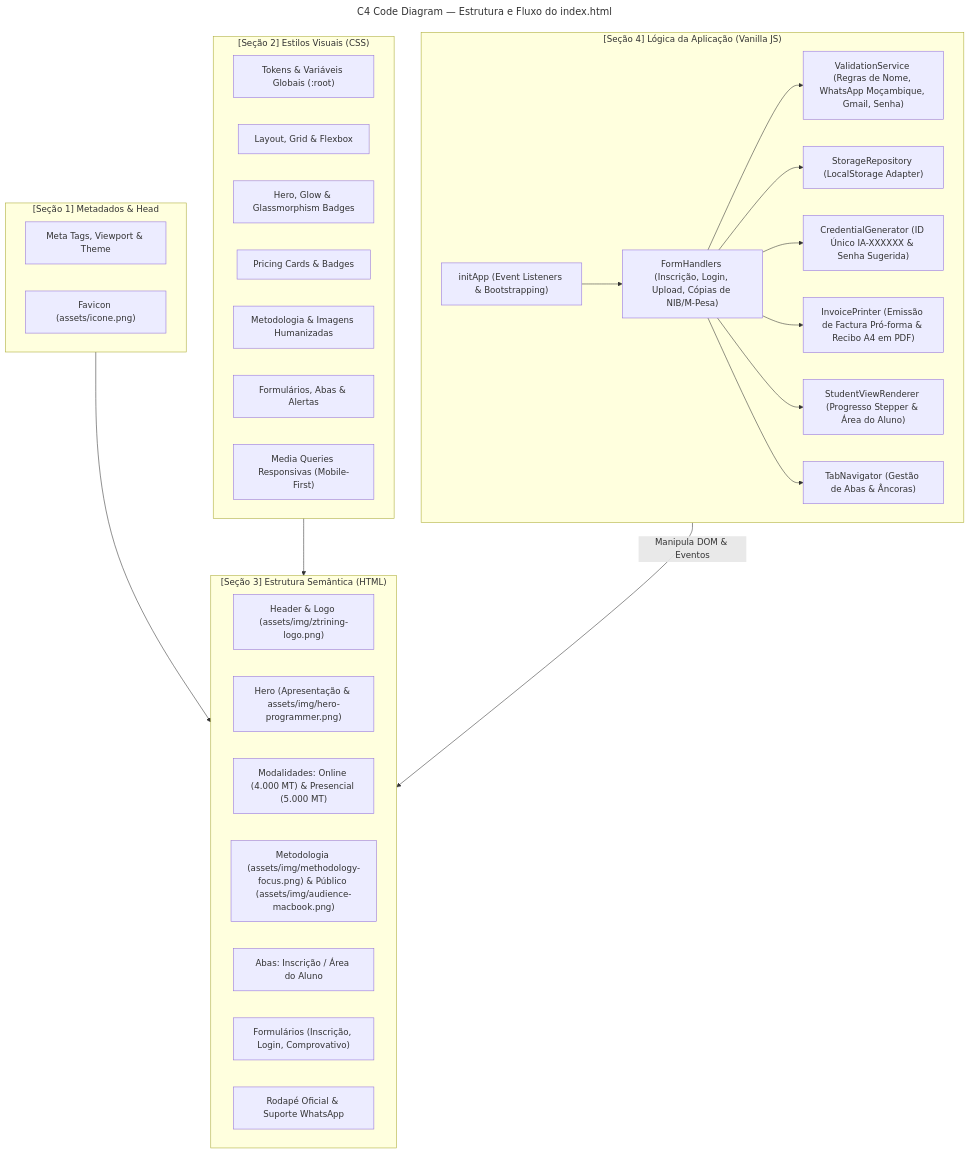
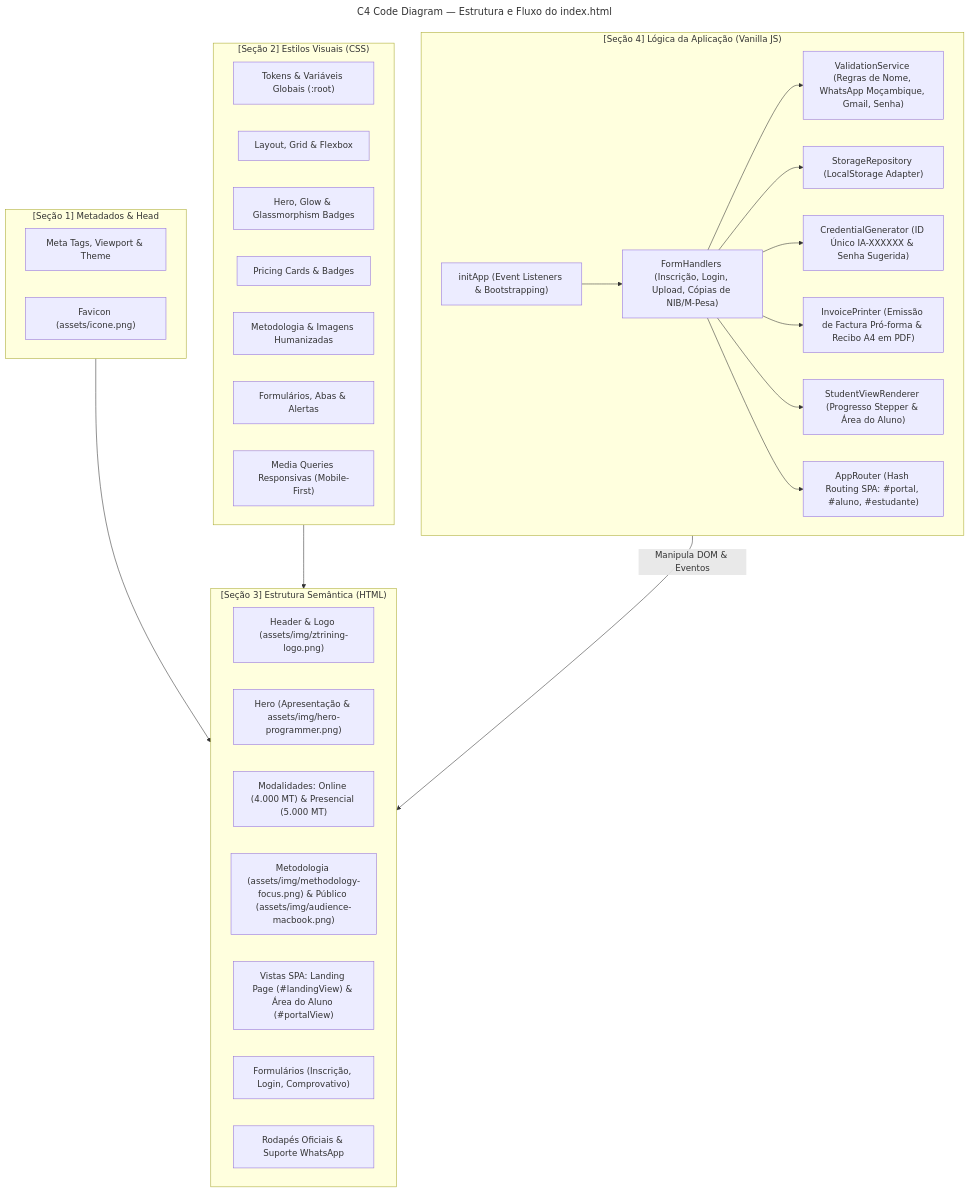
Before and after one commit to iradoweck/inscricao-ia-curso: the diagram in README.md, drawn with Mermaid. The commit also changed 2 other files, not shown here.

Commit message:
feat: implement SPA hash routing for student portal and landing page

````diff
--- a/README.md
+++ b/README.md
@@ -19,52 +19,52 @@
 ```mermaid
 ---
 title: C4 Code Diagram — Estrutura e Fluxo do index.html
 ---
 flowchart TB
     subgraph S1["[Seção 1] Metadados & Head"]
         Meta["Meta Tags, Viewport & Theme"]
         Favicon["Favicon (assets/icone.png)"]
     end
 
     subgraph S2["[Seção 2] Estilos Visuais (CSS)"]
         Tokens["Tokens & Variáveis Globais (:root)"]
         Layout["Layout, Grid & Flexbox"]
         HeroStyle["Hero, Glow & Glassmorphism Badges"]
         PricingStyle["Pricing Cards & Badges"]
         StoryStyle["Metodologia & Imagens Humanizadas"]
         FormStyle["Formulários, Abas & Alertas"]
         MediaQ["Media Queries Responsivas (Mobile-First)"]
     end
 
     subgraph S3["[Seção 3] Estrutura Semântica (HTML)"]
         Header["Header & Logo (assets/img/ztrining-logo.png)"]
         HeroHTML["Hero (Apresentação & assets/img/hero-programmer.png)"]
         PricingHTML["Modalidades: Online (4.000 MT) & Presencial (5.000 MT)"]
         StoryHTML["Metodologia (assets/img/methodology-focus.png) & Público (assets/img/audience-macbook.png)"]
-        TabsHTML["Abas: Inscrição / Área do Aluno"]
+        ViewsHTML["Vistas SPA: Landing Page (#landingView) & Área do Aluno (#portalView)"]
         FormsHTML["Formulários (Inscrição, Login, Comprovativo)"]
-        Footer["Rodapé Oficial & Suporte WhatsApp"]
+        Footer["Rodapés Oficiais & Suporte WhatsApp"]
     end
 
     subgraph S4["[Seção 4] Lógica da Aplicação (Vanilla JS)"]
         Validation["ValidationService (Regras de Nome, WhatsApp Moçambique, Gmail, Senha)"]
         Creds["CredentialGenerator (ID Único IA-XXXXXX & Senha Sugerida)"]
         Repo["StorageRepository (LocalStorage Adapter)"]
         Printer["InvoicePrinter (Emissão de Factura Pró-forma & Recibo A4 em PDF)"]
-        Navigator["TabNavigator (Gestão de Abas & Âncoras)"]
+        Router["AppRouter (Hash Routing SPA: #portal, #aluno, #estudante)"]
         Renderer["StudentViewRenderer (Progresso Stepper & Área do Aluno)"]
         Handlers["FormHandlers (Inscrição, Login, Upload, Cópias de NIB/M-Pesa)"]
         AppInit["initApp (Event Listeners & Bootstrapping)"]
     end
 
     S1 --> S3
     S2 --> S3
     S4 -->|Manipula DOM & Eventos| S3
     Handlers --> Validation
     Handlers --> Repo
     Handlers --> Creds
     Handlers --> Printer
     Handlers --> Renderer
-    Handlers --> Navigator
+    Handlers --> Router
     AppInit --> Handlers
 ```
````
